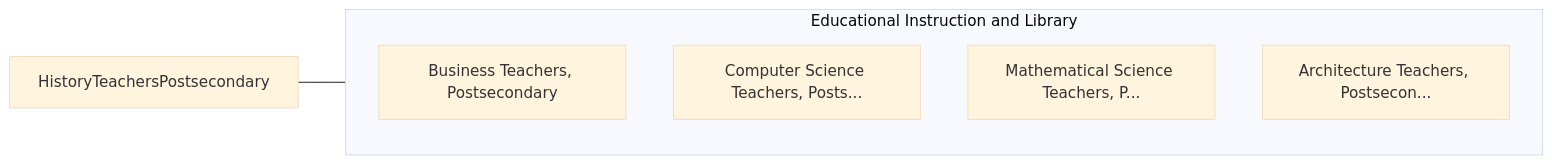
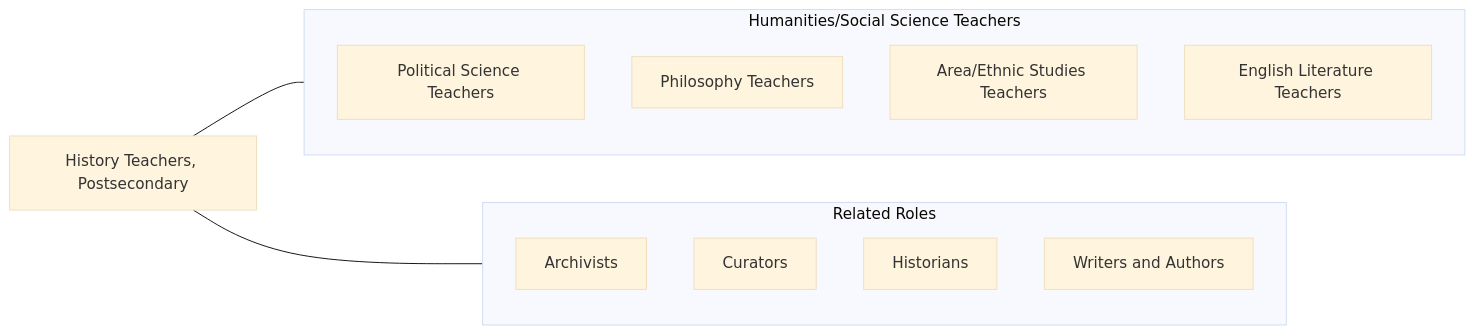
One commit to kziemski/business.org.ai changed the fourth of 4 diagrams in occupations/Education/HistoryTeachersPostsecondary.mdx. Above: the diagram before and after it, drawn with Mermaid (base theme). The commit also changed other lines of this file and 938 other files, not shown here.

````diff
--- a/occupations/Education/HistoryTeachersPostsecondary.mdx
+++ b/occupations/Education/HistoryTeachersPostsecondary.mdx
@@ -80,13 +179,21 @@
 ```mermaid
 graph LR
-    Current["HistoryTeachersPostsecondary"]
+    Current["History Teachers, Postsecondary"]
 
-    subgraph SameCategory["Educational Instruction and Library"]
-        BusinessTeachersPost["Business Teachers, Postsecondary"]
-        ComputerScienceTeach["Computer Science Teachers, Posts..."]
-        MathematicalScienceT["Mathematical Science Teachers, P..."]
-        ArchitectureTeachers["Architecture Teachers, Postsecon..."]
+    subgraph SameCategory["Humanities/Social Science Teachers"]
+        PolSci["Political Science Teachers"]
+        Philosophy["Philosophy Teachers"]
+        AreaStudies["Area/Ethnic Studies Teachers"]
+        English["English Literature Teachers"]
+    end
+
+    subgraph CrossFunctional["Related Roles"]
+        Archivists["Archivists"]
+        Curators["Curators"]
+        Historians["Historians"]
+        Writers["Writers and Authors"]
     end
 
     Current --- SameCategory
+    Current --- CrossFunctional
 ```
````
